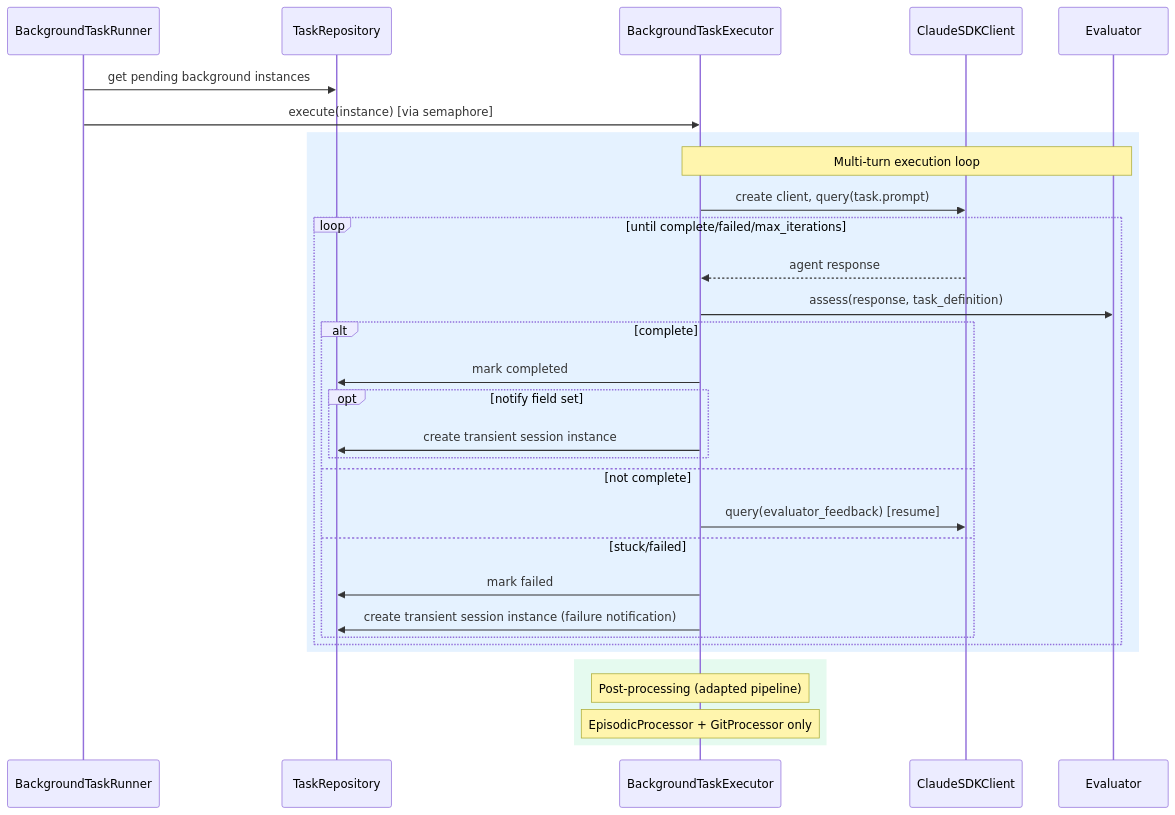
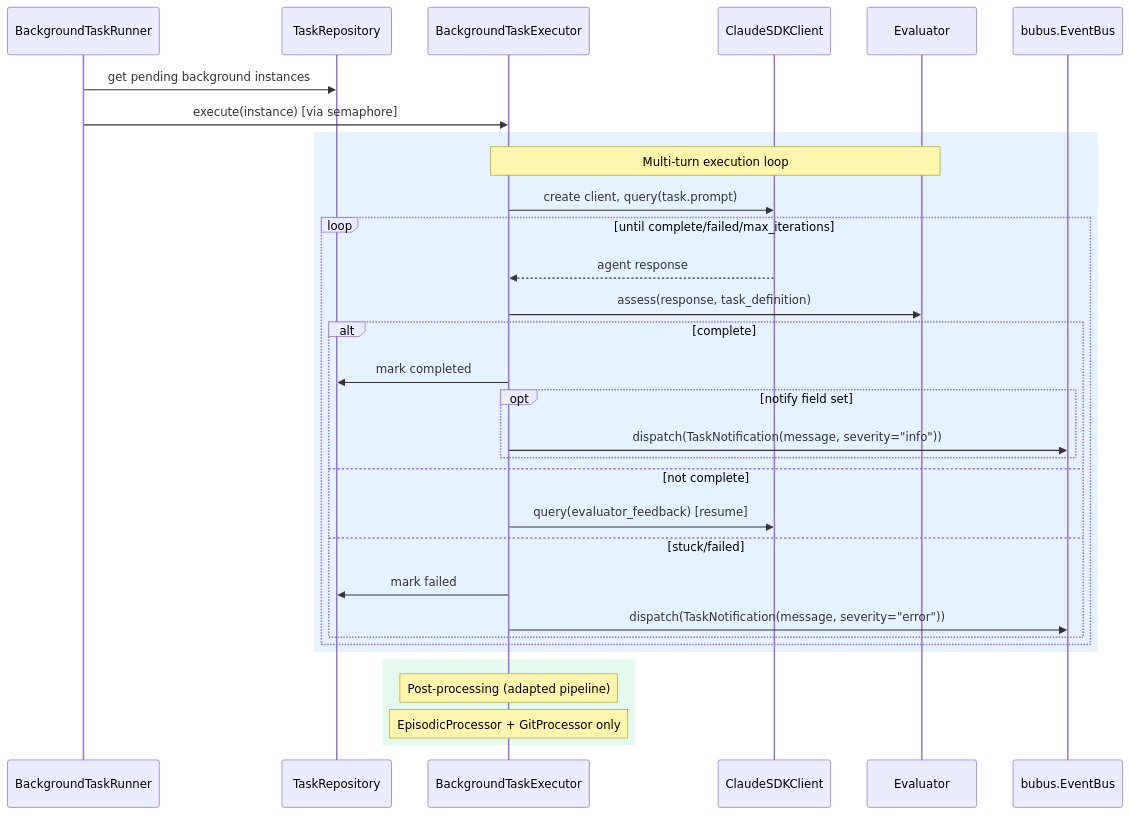
Before and after one commit to asermax/tachikoma: the third of 5 diagrams in docs/delta-designs/DLT-010.md, drawn with Mermaid. The commit also changed other lines of this file, not shown here.

First line of the commit message:
docs(tasks): refine design to use bubus event bus

````diff
--- a/docs/delta-designs/DLT-010.md
+++ b/docs/delta-designs/DLT-010.md
@@ -170,36 +177,37 @@
 ```mermaid
 sequenceDiagram
     participant Runner as BackgroundTaskRunner
     participant Repo as TaskRepository
     participant Exec as BackgroundTaskExecutor
     participant SDK as ClaudeSDKClient
     participant Eval as Evaluator
+    participant Bus as bubus.EventBus
 
     Runner->>Repo: get pending background instances
     Runner->>Exec: execute(instance) [via semaphore]
 
     rect rgba(0, 128, 255, 0.1)
         Note over Exec,Eval: Multi-turn execution loop
         Exec->>SDK: create client, query(task.prompt)
         loop until complete/failed/max_iterations
             SDK-->>Exec: agent response
             Exec->>Eval: assess(response, task_definition)
             alt complete
                 Exec->>Repo: mark completed
                 opt notify field set
-                    Exec->>Repo: create transient session instance
+                    Exec->>Bus: dispatch(TaskNotification(message, severity="info"))
                 end
             else not complete
                 Exec->>SDK: query(evaluator_feedback) [resume]
             else stuck/failed
                 Exec->>Repo: mark failed
-                Exec->>Repo: create transient session instance (failure notification)
+                Exec->>Bus: dispatch(TaskNotification(message, severity="error"))
             end
         end
     end
 
     rect rgba(0, 200, 100, 0.1)
         Note over Exec: Post-processing (adapted pipeline)
         Note over Exec: EpisodicProcessor + GitProcessor only
     end
 ```
````
